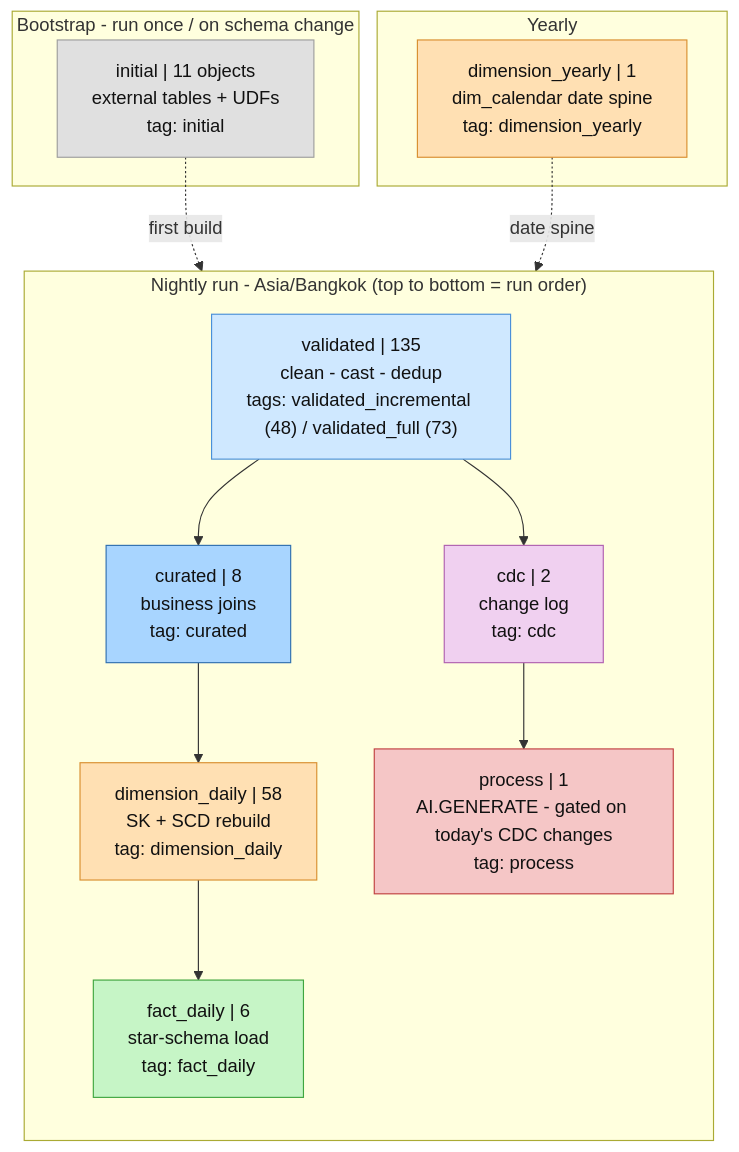
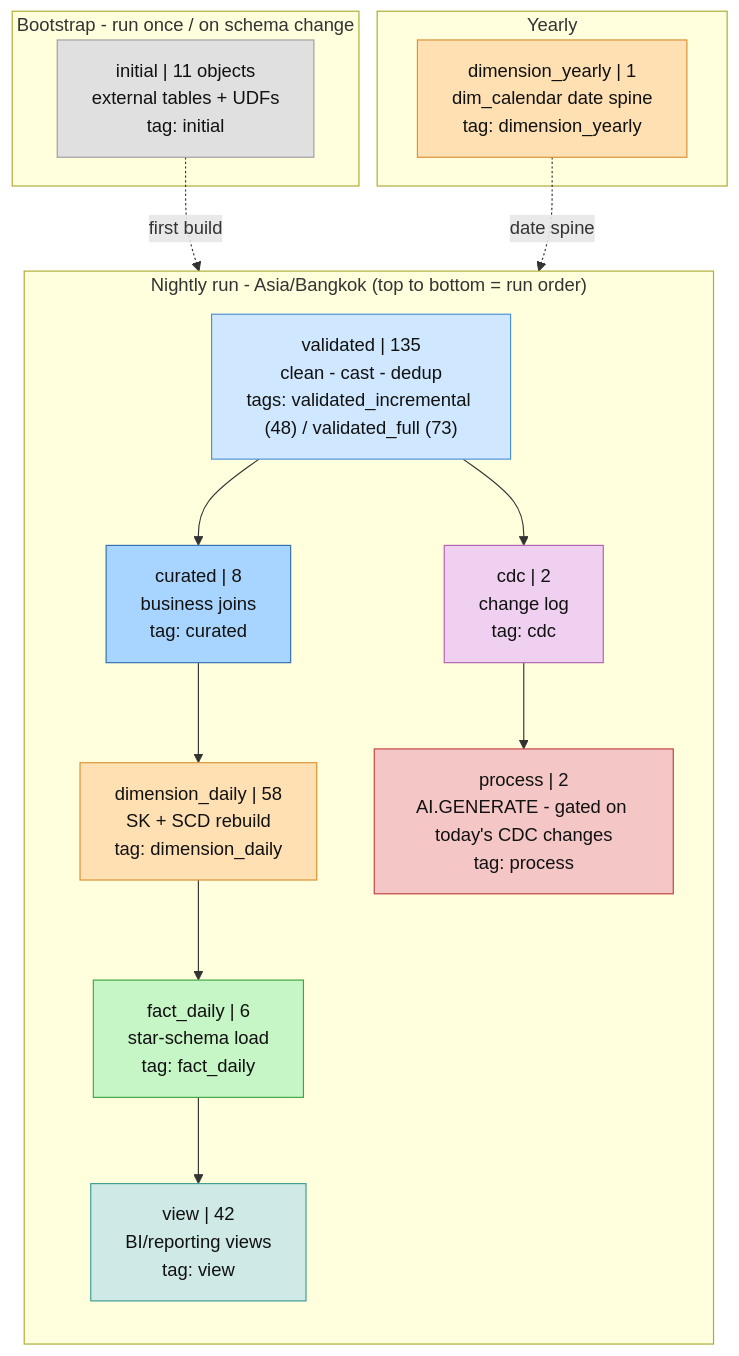
The second of 6 diagrams in document/diagrams/pipeline_lineage.md (warayut-ALL-IN-AI/data-buffet), drawn with Mermaid before and after one commit. The commit also changed other lines of this file and 6 other files, not shown here.

````diff
--- a/document/diagrams/pipeline_lineage.md
+++ b/document/diagrams/pipeline_lineage.md
@@ -67,40 +73,43 @@
 ```mermaid
 flowchart TB
   subgraph boot["Bootstrap - run once / on schema change"]
     I["initial | 11 objects<br/>external tables + UDFs<br/>tag: initial"]
   end
 
   subgraph nightly["Nightly run - Asia/Bangkok (top to bottom = run order)"]
     direction TB
     V["validated | 135<br/>clean - cast - dedup<br/>tags: validated_incremental (48) / validated_full (73)"]
     C["curated | 8<br/>business joins<br/>tag: curated"]
     D["dimension_daily | 58<br/>SK + SCD rebuild<br/>tag: dimension_daily"]
     Fd["fact_daily | 6<br/>star-schema load<br/>tag: fact_daily"]
+    Vw["view | 42<br/>BI/reporting views<br/>tag: view"]
     CDC["cdc | 2<br/>change log<br/>tag: cdc"]
-    P["process | 1<br/>AI.GENERATE - gated on today's CDC changes<br/>tag: process"]
-    V --> C --> D --> Fd
+    P["process | 2<br/>AI.GENERATE - gated on today's CDC changes<br/>tag: process"]
+    V --> C --> D --> Fd --> Vw
     V --> CDC --> P
   end
 
   subgraph yearly["Yearly"]
     Dy["dimension_yearly | 1<br/>dim_calendar date spine<br/>tag: dimension_yearly"]
   end
 
   I -.->|first build| V
   Dy -.->|date spine| D
 
   classDef boot fill:#e0e0e0,stroke:#9e9e9e,color:#111;
   classDef val fill:#cfe8ff,stroke:#4a90d9,color:#111;
   classDef cur fill:#a8d5ff,stroke:#2f6fb0,color:#111;
   classDef dim fill:#ffe0b3,stroke:#d98f2f,color:#111;
   classDef fct fill:#c6f5c6,stroke:#3fa63f,color:#111;
+  classDef vw fill:#cfeae6,stroke:#3a9d94,color:#111;
   classDef cdc fill:#f0d0f0,stroke:#b060b0,color:#111;
   classDef proc fill:#f5c6c6,stroke:#c04040,color:#111;
   class I boot;
   class V val;
   class C cur;
   class D,Dy dim;
   class Fd fct;
+  class Vw vw;
   class CDC cdc;
   class P proc;
 ```
````
